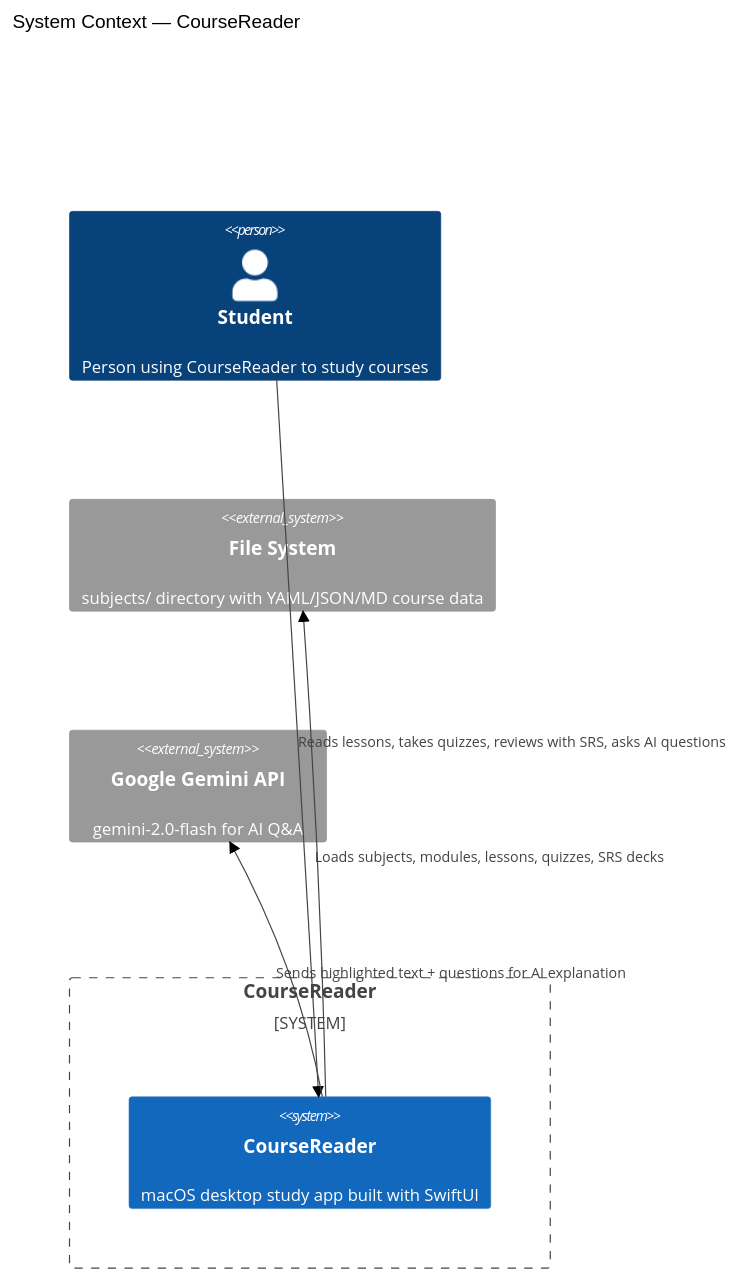
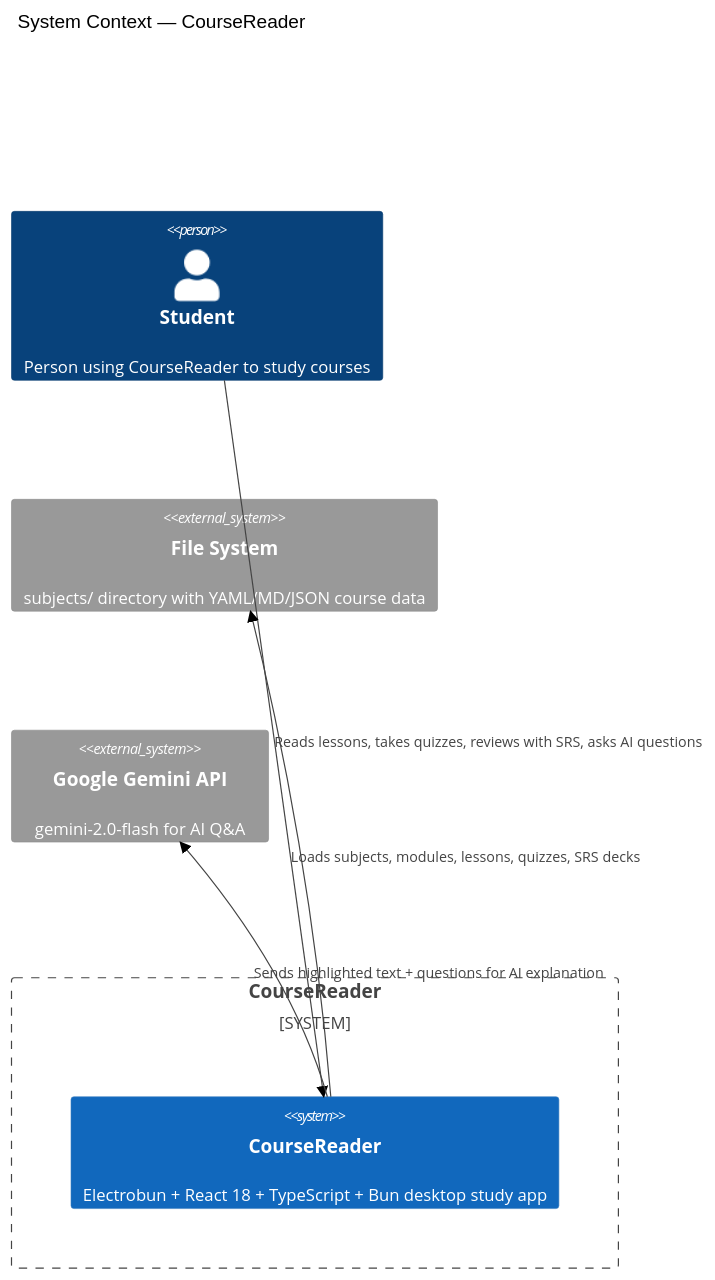
Before and after one commit to adamaiken89/courses: the diagram in docs/c4-context.md, drawn with Mermaid (neutral theme). The commit also changed other lines of this file and 21 other files, not shown here.

````diff
--- a/docs/c4-context.md
+++ b/docs/c4-context.md
@@ -3,18 +3,18 @@
 ```mermaid
 C4Context
   title System Context — CourseReader
 
   Person(student, "Student", "Person using CourseReader to study courses")
 
   System_Boundary(cr, "CourseReader") {
-    System(courseReader, "CourseReader", "macOS desktop study app built with SwiftUI")
+    System(courseReader, "CourseReader", "Electrobun + React 18 + TypeScript + Bun desktop study app")
   }
 
   Rel(student, courseReader, "Reads lessons, takes quizzes, reviews with SRS, asks AI questions")
 
-  System_Ext(fs, "File System", "subjects/ directory with YAML/JSON/MD course data")
+  System_Ext(fs, "File System", "subjects/ directory with YAML/MD/JSON course data")
   System_Ext(gemini, "Google Gemini API", "gemini-2.0-flash for AI Q&A")
 
   Rel(courseReader, fs, "Loads subjects, modules, lessons, quizzes, SRS decks")
   Rel(courseReader, gemini, "Sends highlighted text + questions for AI explanation")
 ```
````
